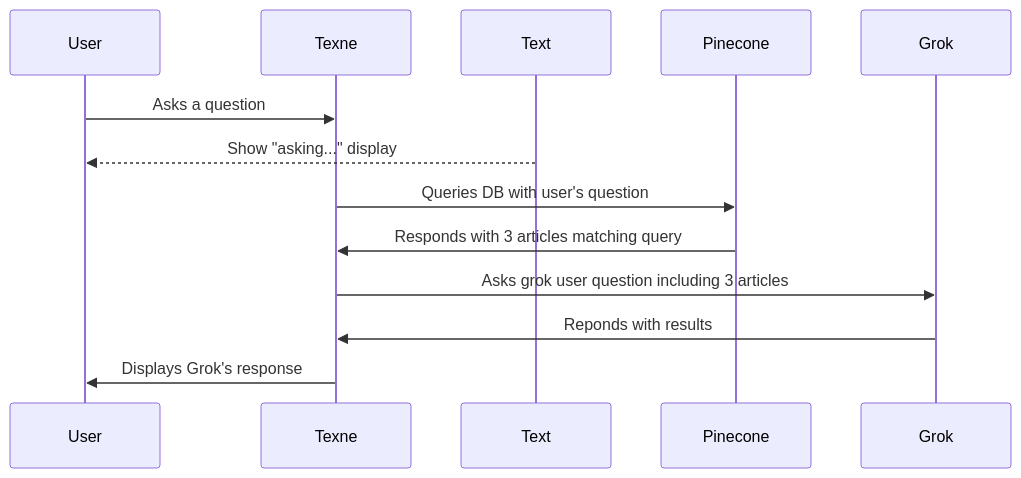
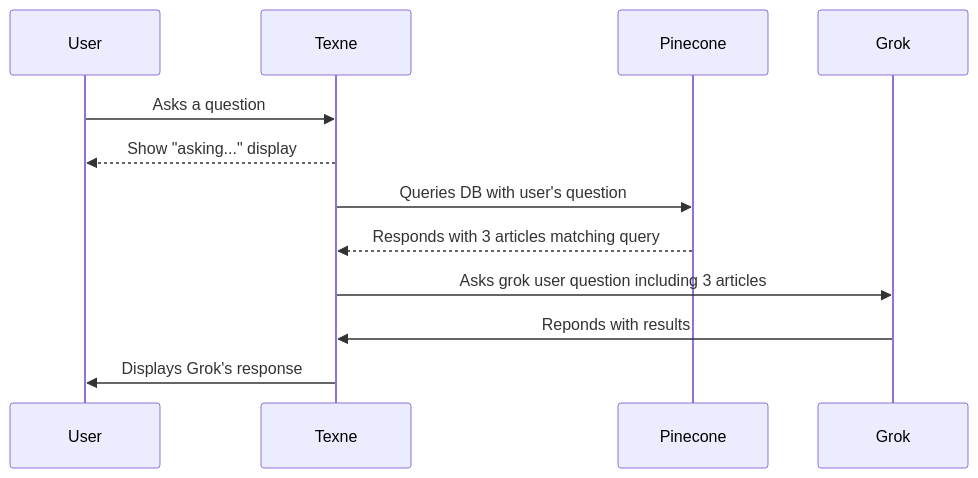
The diagram in README.md (samullen/texne), drawn with Mermaid before and after one commit.

Commit message:
doc: fix mermaid sequence

````diff
--- a/README.md
+++ b/README.md
@@ -6,10 +6,10 @@
 ```mermaid
 sequenceDiagram
   User->>Texne: Asks a question
-  Text-->>User: Show "asking..." display
+  Texne-->>User: Show "asking..." display
   Texne->>Pinecone: Queries DB with user's question
-  Pinecone->>Texne: Responds with 3 articles matching query
+  Pinecone-->>Texne: Responds with 3 articles matching query
   Texne->>Grok: Asks grok user question including 3 articles
   Grok->>Texne: Reponds with results
   Texne->>User: Displays Grok's response
 ```
````
